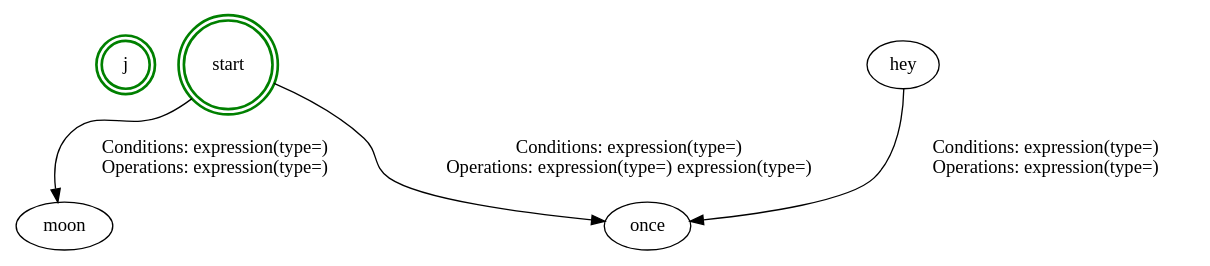
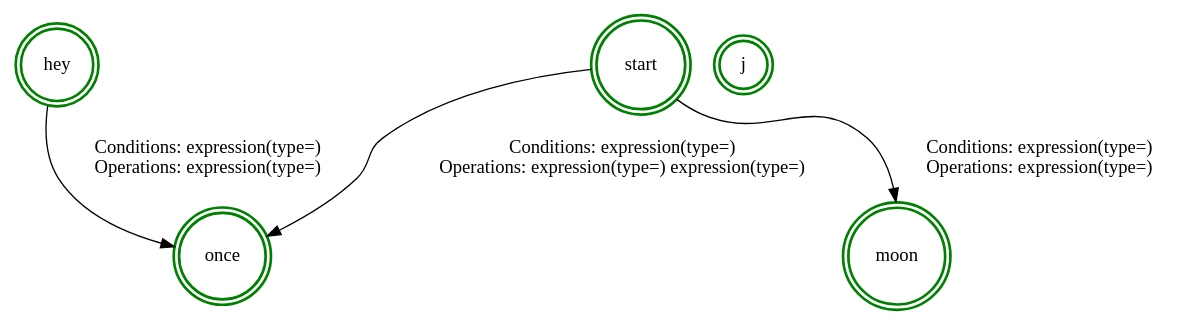
One commit to LiyuZer/Automa changed the diagram in graph_sruct.dot. Above: the diagram before and after it, drawn with Graphviz. The commit also changed 6 other files, not shown here.

```diff
--- a/graph_sruct.dot
+++ b/graph_sruct.dot
@@ -1,7 +1,10 @@
 digraph G {
+    "once" [shape=doublecircle, color=green, style=bold];
+    "hey" [shape=doublecircle, color=green, style=bold];
+    "moon" [shape=doublecircle, color=green, style=bold];
     "j" [shape=doublecircle, color=green, style=bold];
     "start" [shape=doublecircle, color=green, style=bold];
     "hey" -> "once" [label="Conditions: expression(type=) \nOperations: expression(type=) "];
     "start" -> "once" [label="Conditions: expression(type=) \nOperations: expression(type=) expression(type=) "];
     "start" -> "moon" [label="Conditions: expression(type=) \nOperations: expression(type=) "];
 }
```
